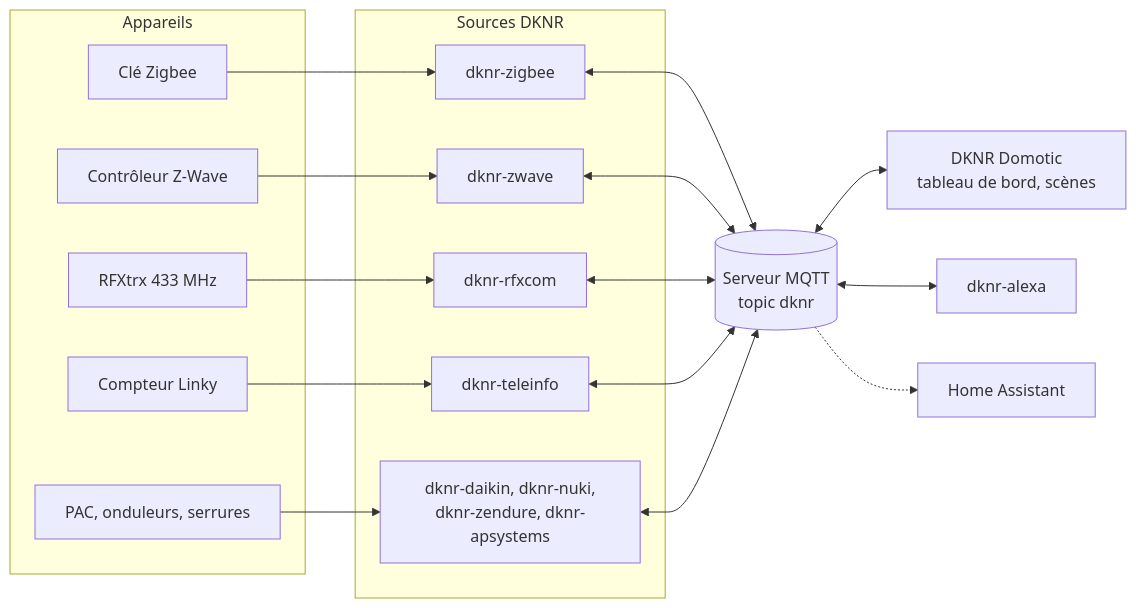
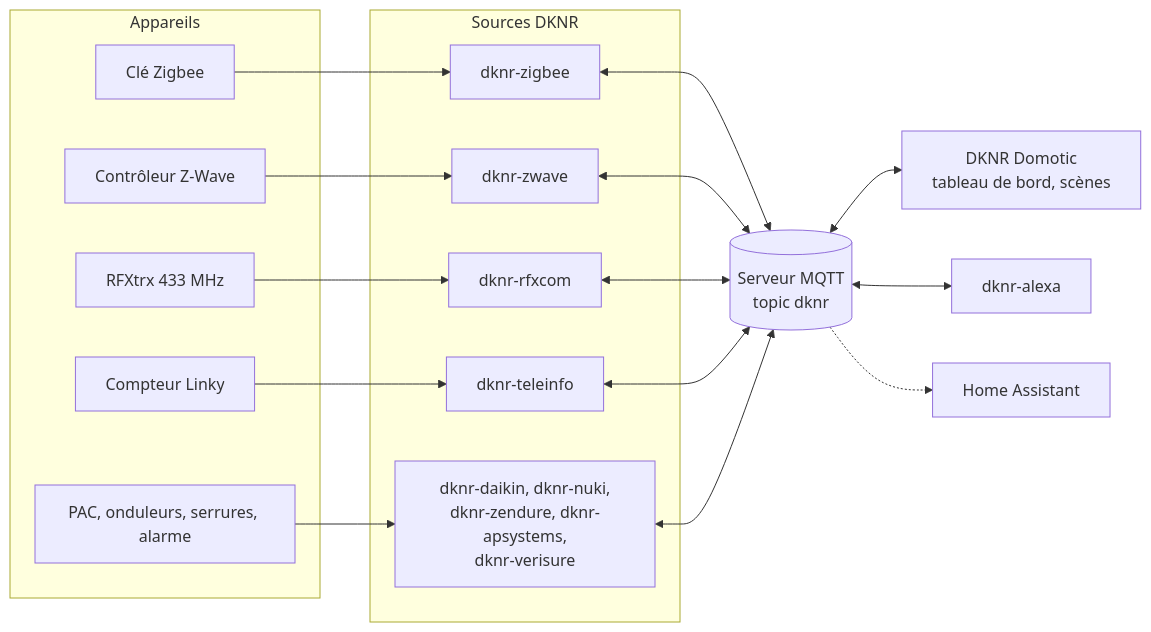
Before and after one commit to dknr-domotic/dknr-domotic.github.io: the diagram in docs/index.md, drawn with Mermaid. The commit also changed other lines of this file and 4 other files, not shown here.

````diff
--- a/docs/index.md
+++ b/docs/index.md
@@ -19,30 +19,30 @@
 ```mermaid
 flowchart LR
     subgraph Appareils
         Z[Clé Zigbee]
         W[Contrôleur Z-Wave]
         R[RFXtrx 433 MHz]
         T[Compteur Linky]
-        A[PAC, onduleurs, serrures]
+        A[PAC, onduleurs, serrures, alarme]
     end
     subgraph Sources DKNR
         SZ[dknr-zigbee]
         SW[dknr-zwave]
         SR[dknr-rfxcom]
         ST[dknr-teleinfo]
-        SA[dknr-daikin, dknr-nuki,<br/>dknr-zendure, dknr-apsystems]
+        SA[dknr-daikin, dknr-nuki,<br/>dknr-zendure, dknr-apsystems,<br/>dknr-verisure]
     end
     M[(Serveur MQTT<br/>topic dknr)]
     D[DKNR Domotic<br/>tableau de bord, scènes]
     X[dknr-alexa]
     H[Home Assistant]
     Z --> SZ
     W --> SW
     R --> SR
     T --> ST
     A --> SA
     SZ & SW & SR & ST & SA <--> M
     M <--> D
     M <--> X
     M -.-> H
 ```
````
